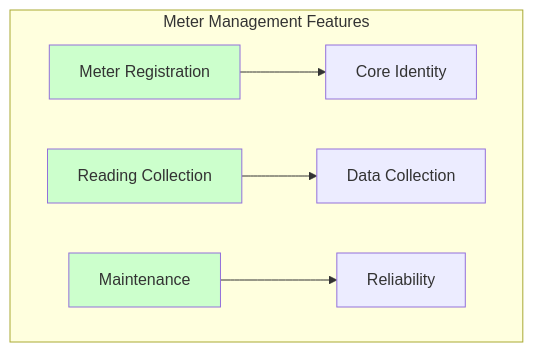
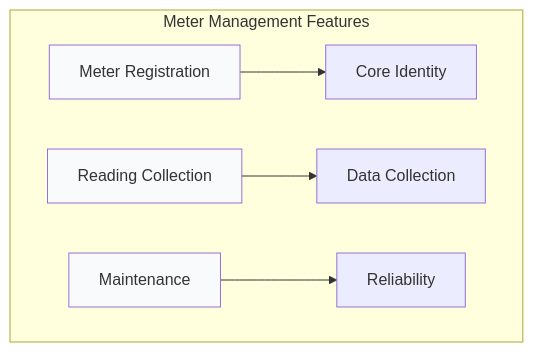
Before and after one commit to esimplicityinc/water-demo: the third of 7 diagrams in docs/bdd/03-feature-index.md, drawn with Mermaid. The commit also changed other lines of this file and 39 other files, not shown here.

````diff
--- a/docs/bdd/03-feature-index.md
+++ b/docs/bdd/03-feature-index.md
@@ -51,12 +454,12 @@
 ```mermaid
 graph TD
     subgraph "Meter Management Features"
         A[Meter Registration] --> B[Core Identity]
         C[Reading Collection] --> D[Data Collection]
         E[Maintenance] --> F[Reliability]
     end
 
-    style A fill:#ccffcc
-    style C fill:#ccffcc
-    style E fill:#ccffcc
+    style A fill:#f8fafc
+    style C fill:#f8fafc
+    style E fill:#f8fafc
 ```
````
